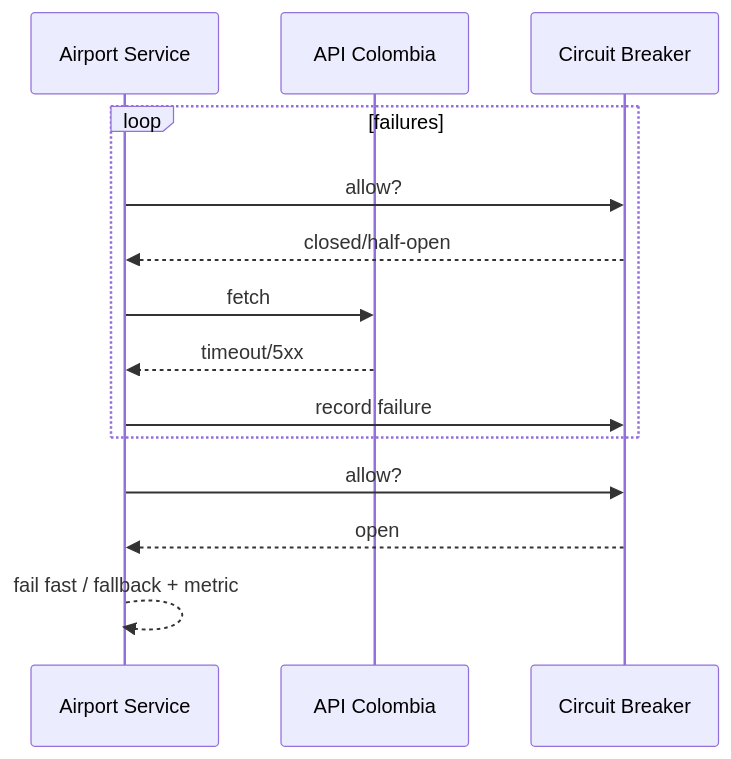
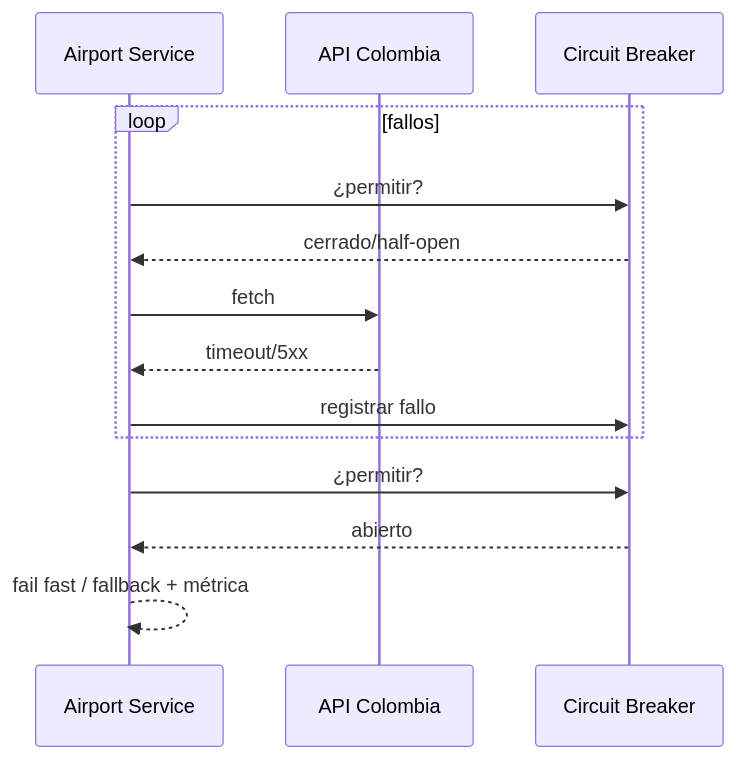
One commit to bue221/proyecto-arquitectura-software-emergente changed the third of 3 diagrams in wiki/Diagrams-sequences.md. Above: the diagram before and after it, drawn with Mermaid. The commit also changed other lines of this file and 38 other files, not shown here.

````diff
--- a/wiki/Diagrams-sequences.md
+++ b/wiki/Diagrams-sequences.md
@@ -69,17 +69,17 @@
 ```mermaid
 sequenceDiagram
   participant A as Airport Service
   participant X as API Colombia
   participant CB as Circuit Breaker
 
-  loop failures
-    A->>CB: allow?
-    CB-->>A: closed/half-open
+  loop fallos
+    A->>CB: ¿permitir?
+    CB-->>A: cerrado/half-open
     A->>X: fetch
     X-->>A: timeout/5xx
-    A->>CB: record failure
+    A->>CB: registrar fallo
   end
-  A->>CB: allow?
-  CB-->>A: open
-  A-->>A: fail fast / fallback + metric
+  A->>CB: ¿permitir?
+  CB-->>A: abierto
+  A-->>A: fail fast / fallback + métrica
 ```
````
